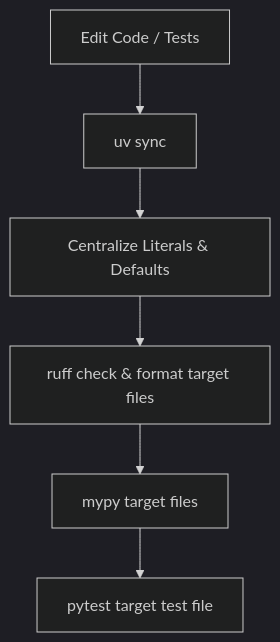
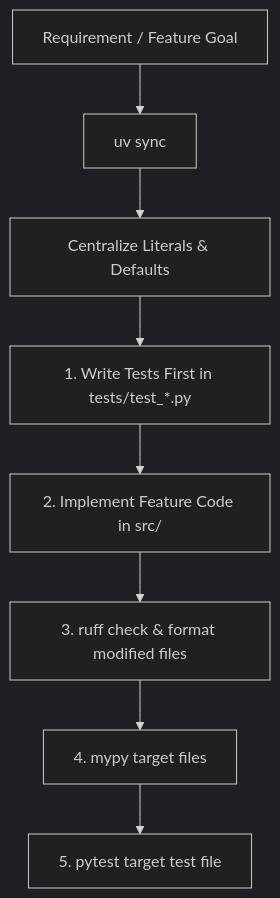
One commit to dan-petty/devops-cli changed the first of 3 diagrams in docs/ROUTINE_TASKS.md. Above: the diagram before and after it, drawn with Mermaid (dark theme). The commit also changed other lines of this file and 1 other file, not shown here.

Commit message:
docs(agents): mandate test-first functional documentation and routine tasks checklist execution

````diff
--- a/docs/ROUTINE_TASKS.md
+++ b/docs/ROUTINE_TASKS.md
@@ -57,8 +57,10 @@
 ```mermaid
 flowchart TD
-    A[Edit Code / Tests] --> B[uv sync]
+    A[Requirement / Feature Goal] --> B[uv sync]
     B --> C[Centralize Literals & Defaults]
-    C --> D[ruff check & format target files]
-    D --> E[mypy target files]
-    E --> F[pytest target test file]
+    C --> D[1. Write Tests First in tests/test_*.py]
+    D --> E[2. Implement Feature Code in src/]
+    E --> F[3. ruff check & format modified files]
+    F --> G[4. mypy target files]
+    G --> H[5. pytest target test file]
 ```
````
